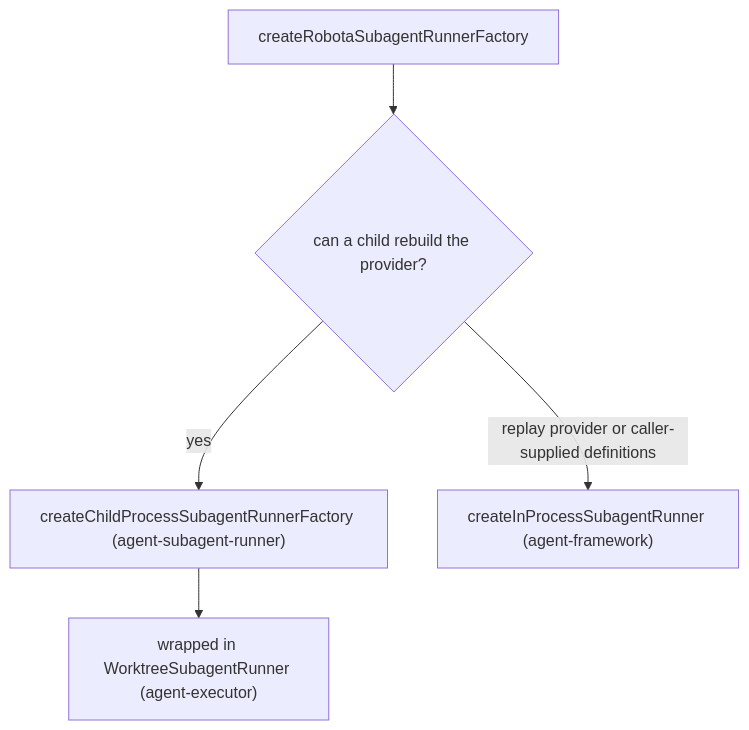
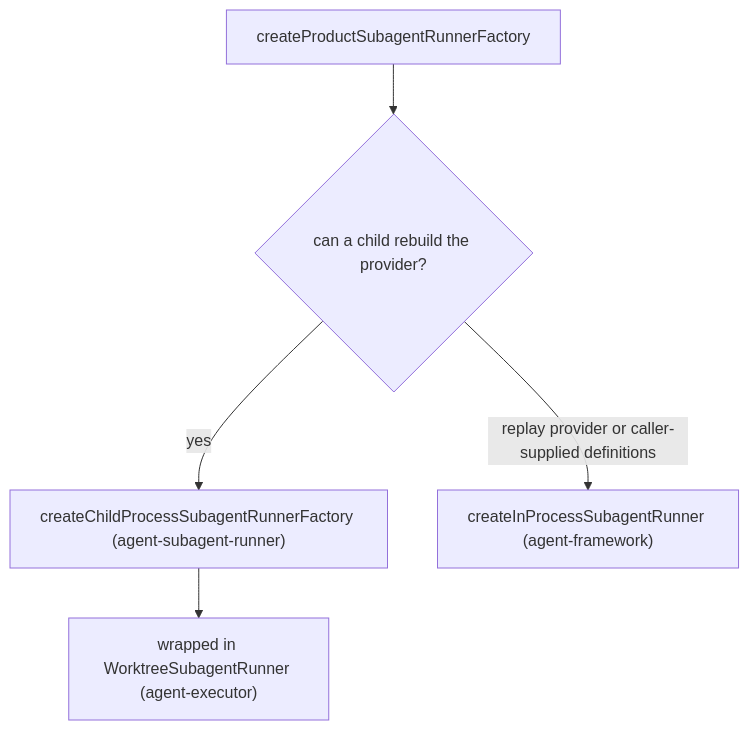
Before and after one commit to woojubb/robota: the first of 2 diagrams in packages/agent-cli/docs/design/subagent-wiring.md, drawn with Mermaid. The commit also changed other lines of this file and 2401 other files, not shown here.

````diff
--- a/packages/agent-cli/docs/design/subagent-wiring.md
+++ b/packages/agent-cli/docs/design/subagent-wiring.md
@@ -54,7 +54,7 @@
 ```mermaid
 flowchart TD
-    A["createRobotaSubagentRunnerFactory"] --> B{"can a child rebuild the provider?"}
+    A["createProductSubagentRunnerFactory"] --> B{"can a child rebuild the provider?"}
     B -->|"yes"| C["createChildProcessSubagentRunnerFactory (agent-subagent-runner)"]
     B -->|"replay provider or caller-supplied definitions"| D["createInProcessSubagentRunner (agent-framework)"]
     C --> E["wrapped in WorktreeSubagentRunner (agent-executor)"]
 ```
````
